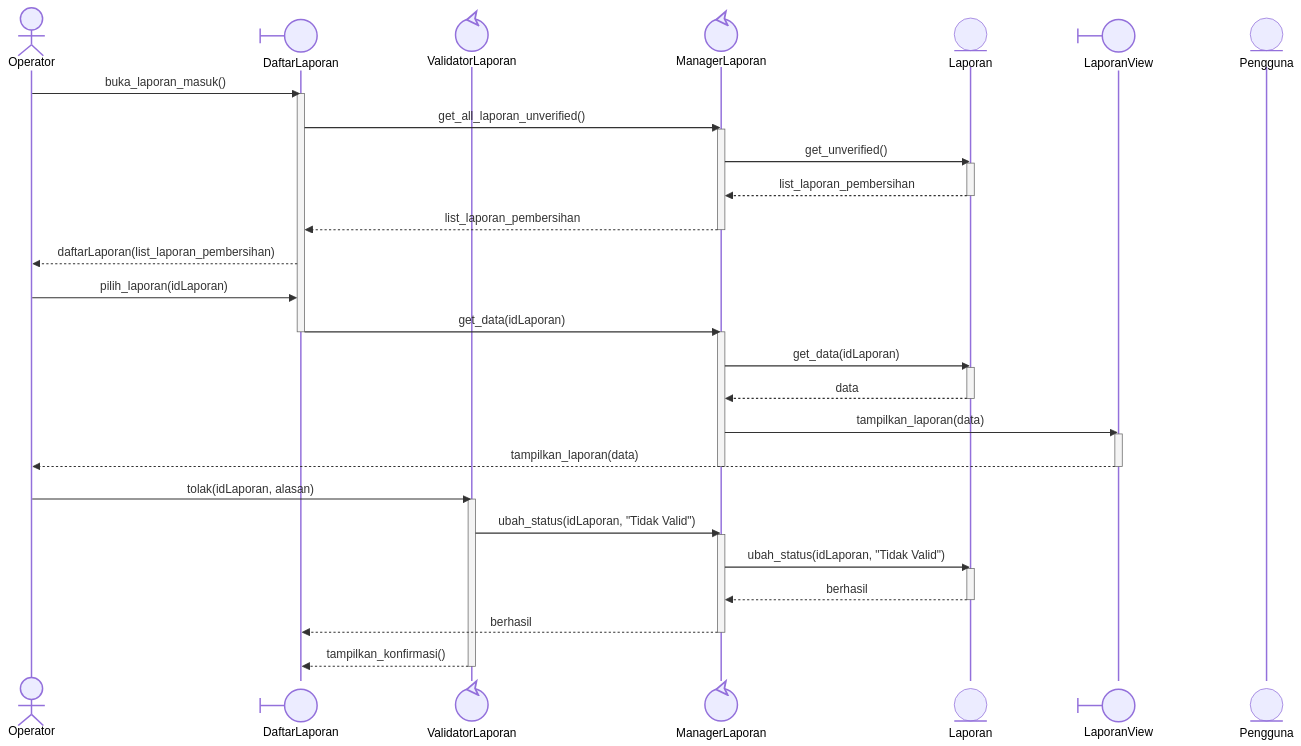
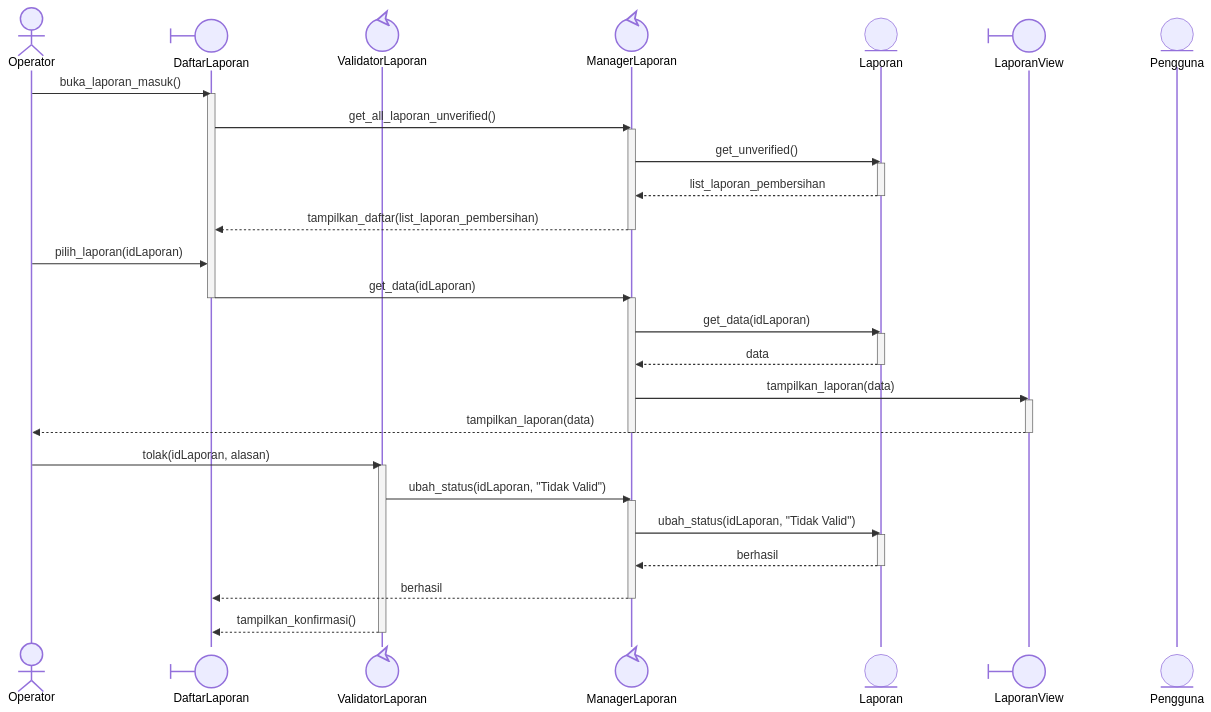
Before and after one commit to star-scripter/IF2150-RPL-K03-G02: diagram 20 of 29 in docs/M8/K03_G02_DPPL2.md, drawn with Mermaid. The commit also changed other lines of this file, not shown here.

Commit message:
docs: DaftarLaporan alg and query, adjustments to class

````diff
--- a/docs/M8/K03_G02_DPPL2.md
+++ b/docs/M8/K03_G02_DPPL2.md
@@ -1121,52 +1121,51 @@
 ```mermaid
 %%{init: {'themeCSS': '.actor-line { stroke-dasharray: 4, 4; }'}}%%
 sequenceDiagram
     actor O as Operator
     participant DL@{"type":"boundary"} as DaftarLaporan
     participant VL@{"type":"control"} as ValidatorLaporan
     participant ML@{"type":"control"} as ManagerLaporan
     participant L@{"type":"entity"} as Laporan
     participant LV@{"type":"boundary"} as LaporanView
     participant P@{"type":"entity"} as Pengguna
 
     O->>DL: buka_laporan_masuk()
     activate DL
     DL->>ML: get_all_laporan_unverified()
     activate ML
     ML->>L: get_unverified()
     activate L
     L-->>ML: list_laporan_pembersihan
     deactivate L
-    ML-->>DL: list_laporan_pembersihan
+    ML-->>DL: tampilkan_daftar(list_laporan_pembersihan)
     deactivate ML
-    DL-->>O: daftarLaporan(list_laporan_pembersihan)
 
     O->>DL: pilih_laporan(idLaporan)
     DL->>ML: get_data(idLaporan)
     deactivate DL
     activate ML
     ML->>L: get_data(idLaporan)
     activate L
     L-->>ML: data
     deactivate L
     ML->>LV: tampilkan_laporan(data)
     activate LV
     LV-->>O: tampilkan_laporan(data)
     deactivate LV
     deactivate ML
 
     O->>VL: tolak(idLaporan, alasan)
     activate VL
     VL->>ML: ubah_status(idLaporan, "Tidak Valid")
     activate ML
     ML->>L: ubah_status(idLaporan, "Tidak Valid")
     activate L
     L-->>ML: berhasil
     deactivate L
     ML-->>DL: berhasil
     deactivate ML
 
 
     VL-->>DL: tampilkan_konfirmasi()
     deactivate VL
 ```
````
